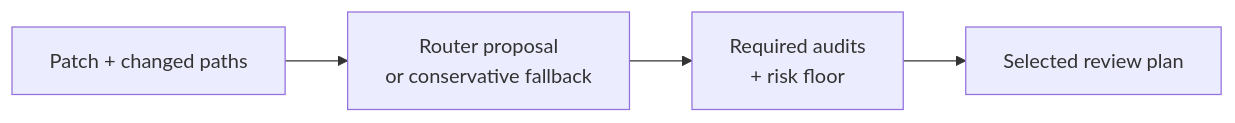
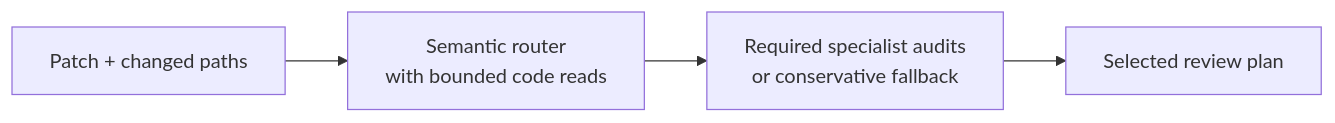
One commit to willcl-ark/nix changed the first of 5 diagrams in pkgs/ralph/README.md. Above: the diagram before and after it, drawn with Mermaid. The commit also changed other lines of this file and 8 other files, not shown here.

````diff
--- a/pkgs/ralph/README.md
+++ b/pkgs/ralph/README.md
@@ -185,6 +189,6 @@
 ```mermaid
 flowchart LR
-    input["Patch + changed paths"] --> router["Router proposal<br/>or conservative fallback"]
-    router --> rules["Required audits<br/>+ risk floor"]
+    input["Patch + changed paths"] --> router["Semantic router<br/>with bounded code reads"]
+    router --> rules["Required specialist audits<br/>or conservative fallback"]
     rules --> plan["Selected review plan"]
 ```
````
